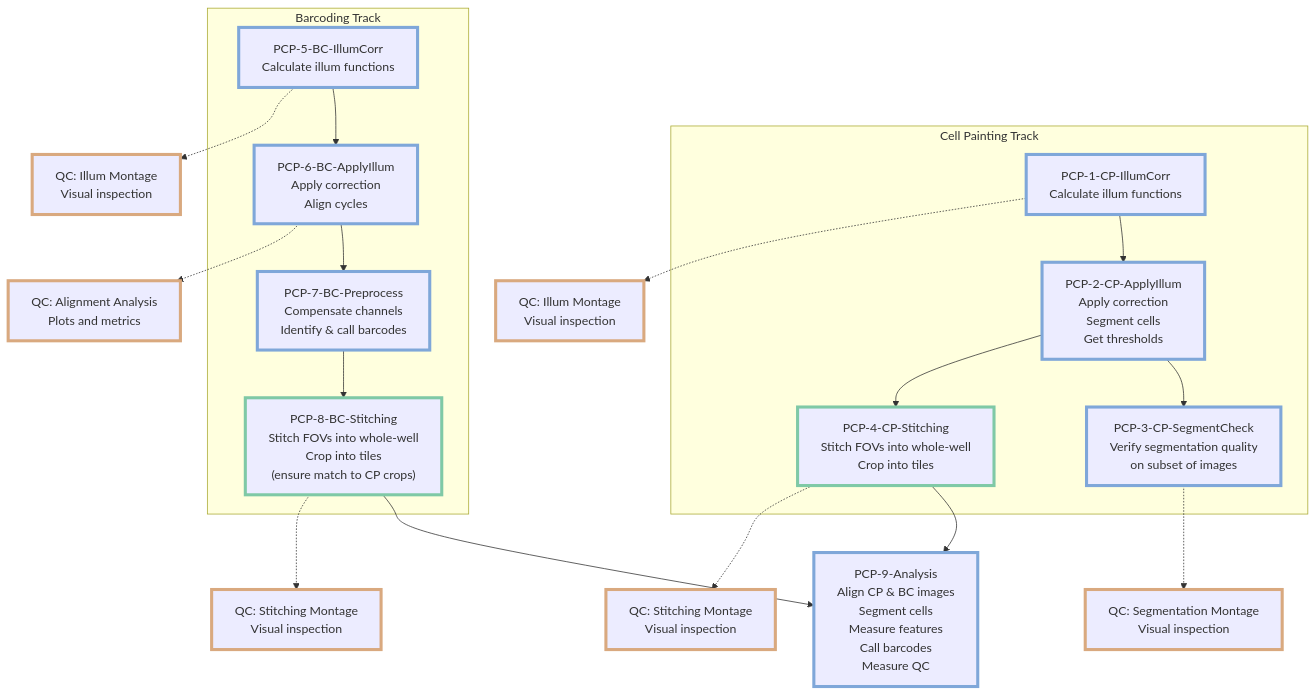
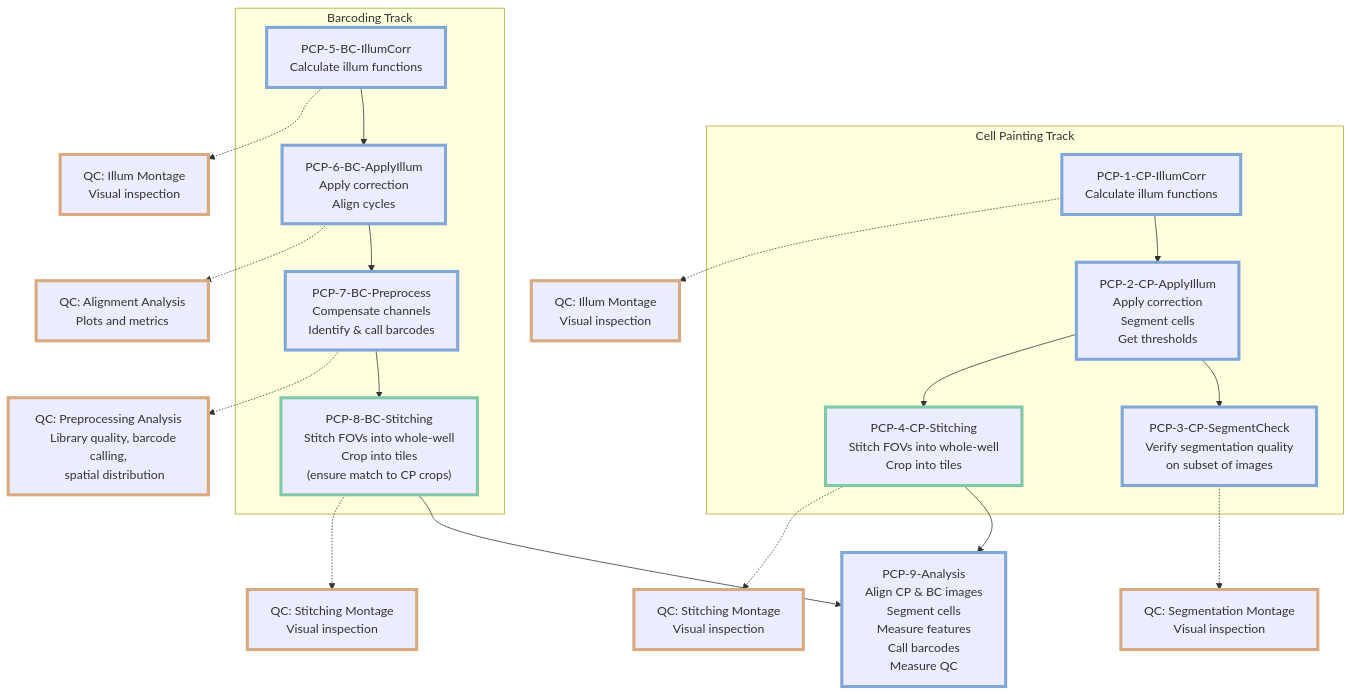
The diagram in pcpip/README.md (broadinstitute/nf-pooled-cellpainting-assets), drawn with Mermaid before and after one commit. The commit also changed other lines of this file and 2 other files, not shown here.

First line of the commit message:
feat: add Pipeline 7 QC for barcode preprocessing analysis

````diff
--- a/pcpip/README.md
+++ b/pcpip/README.md
@@ -102,67 +103,71 @@
 ```mermaid
 flowchart TD
     %% Main pipelines with detailed descriptions
     subgraph "Cell Painting Track"
         PCP1["PCP-1-CP-IllumCorr
         Calculate illum functions"] -->
         PCP2["PCP-2-CP-ApplyIllum
         Apply correction
         Segment cells
         Get thresholds"] -->
         PCP3["PCP-3-CP-SegmentCheck
         Verify segmentation quality
         on subset of images"]
         PCP2 --> PCP4["PCP-4-CP-Stitching
         Stitch FOVs into whole-well
         Crop into tiles"]
     end
 
     subgraph "Barcoding Track"
         PCP5["PCP-5-BC-IllumCorr
         Calculate illum functions"] -->
         PCP6["PCP-6-BC-ApplyIllum
         Apply correction
         Align cycles"] -->
         PCP7["PCP-7-BC-Preprocess
         Compensate channels
         Identify & call barcodes"] -->
         PCP8["PCP-8-BC-Stitching
         Stitch FOVs into whole-well
         Crop into tiles
         (ensure match to CP crops)"]
     end
 
     PCP4 & PCP8 --> PCP9["PCP-9-Analysis
         Align CP & BC images
         Segment cells
         Measure features
         Call barcodes
         Measure QC"]
 
     PCP1 -.-> QC1["QC: Illum Montage
     Visual inspection"]
 
     PCP3 -.-> QC3["QC: Segmentation Montage
     Visual inspection"]
 
     PCP4 -.-> QC4["QC: Stitching Montage
     Visual inspection"]
 
     PCP5 -.-> QC5["QC: Illum Montage
     Visual inspection"]
 
     PCP6 -.-> QC6["QC: Alignment Analysis
     Plots and metrics"]
 
+    PCP7 -.-> QC7["QC: Preprocessing Analysis
+    Library quality, barcode calling,
+    spatial distribution"]
+
     PCP8 -.-> QC8["QC: Stitching Montage
     Visual inspection"]
 
     %% Processing platforms
     classDef cellprofiler stroke:#7fa7d9,stroke-width:4px;
     classDef fiji stroke:#7fc9a6,stroke-width:4px;
     classDef qc stroke:#d9a97f,stroke-width:4px;
 
     class PCP1,PCP2,PCP3,PCP5,PCP6,PCP7,PCP7A,PCP8Y,PCP9,PCP6A cellprofiler
     class PCP4,PCP8,PCP8Z fiji
-    class QC1,QC3,QC4,QC5,QC6,QC8 qc
+    class QC1,QC3,QC4,QC5,QC6,QC7,QC8 qc
 ```
````
